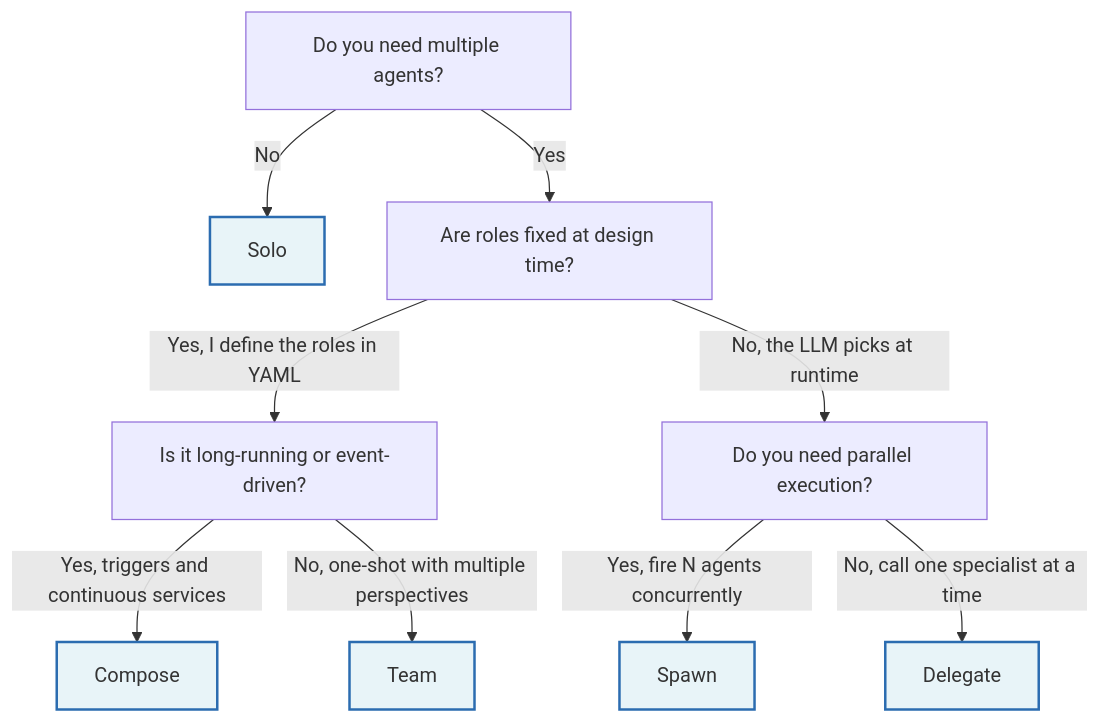
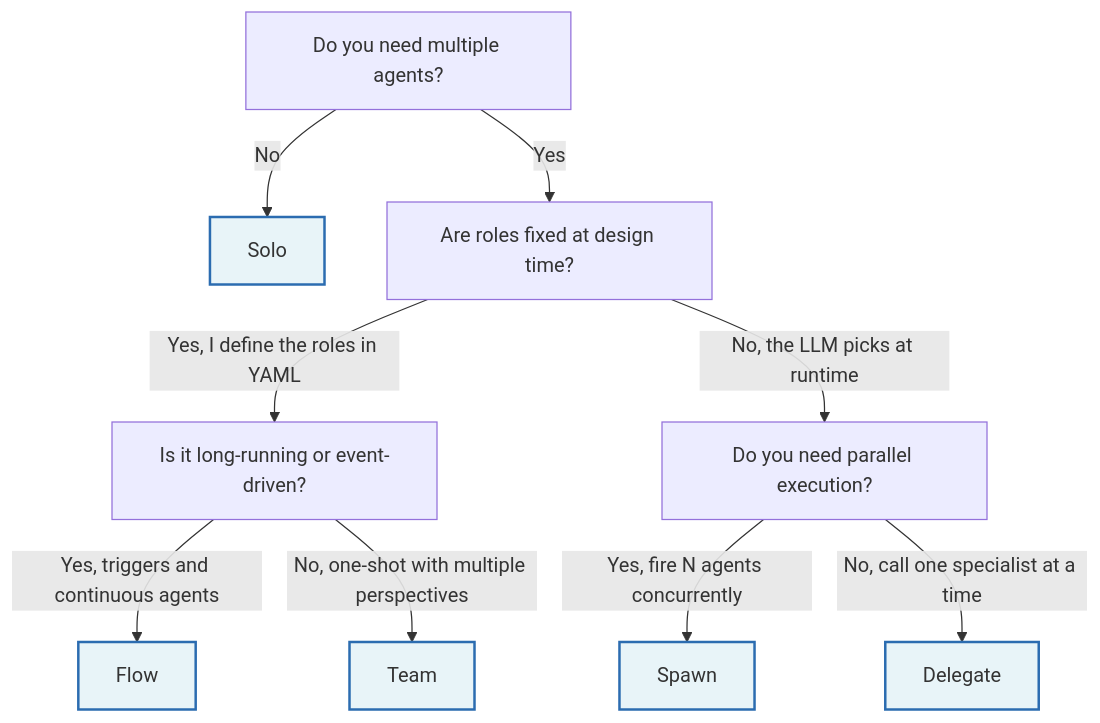
Before and after one commit to vladkesler/initrunner: the first of 7 diagrams in docs/orchestration/patterns-guide.md, drawn with Mermaid. The commit also changed other lines of this file and 242 other files, not shown here.

````diff
--- a/docs/orchestration/patterns-guide.md
+++ b/docs/orchestration/patterns-guide.md
@@ -31,22 +31,22 @@
 ```mermaid
 flowchart TD
     A[Do you need multiple agents?] -->|No| Solo[Solo]
     A -->|Yes| B[Are roles fixed at design time?]
 
     B -->|Yes, I define the roles in YAML| C[Is it long-running or event-driven?]
     B -->|No, the LLM picks at runtime| D[Do you need parallel execution?]
 
-    C -->|Yes, triggers and continuous services| Compose[Compose]
+    C -->|Yes, triggers and continuous agents| Flow[Flow]
     C -->|No, one-shot with multiple perspectives| Team[Team]
 
     D -->|Yes, fire N agents concurrently| Spawn[Spawn]
     D -->|No, call one specialist at a time| Delegate[Delegate]
 
     Solo:::pattern
-    Compose:::pattern
+    Flow:::pattern
     Team:::pattern
     Spawn:::pattern
     Delegate:::pattern
 
     classDef pattern fill:#e8f4f8,stroke:#2b6cb0,stroke-width:2px
 ```
````
